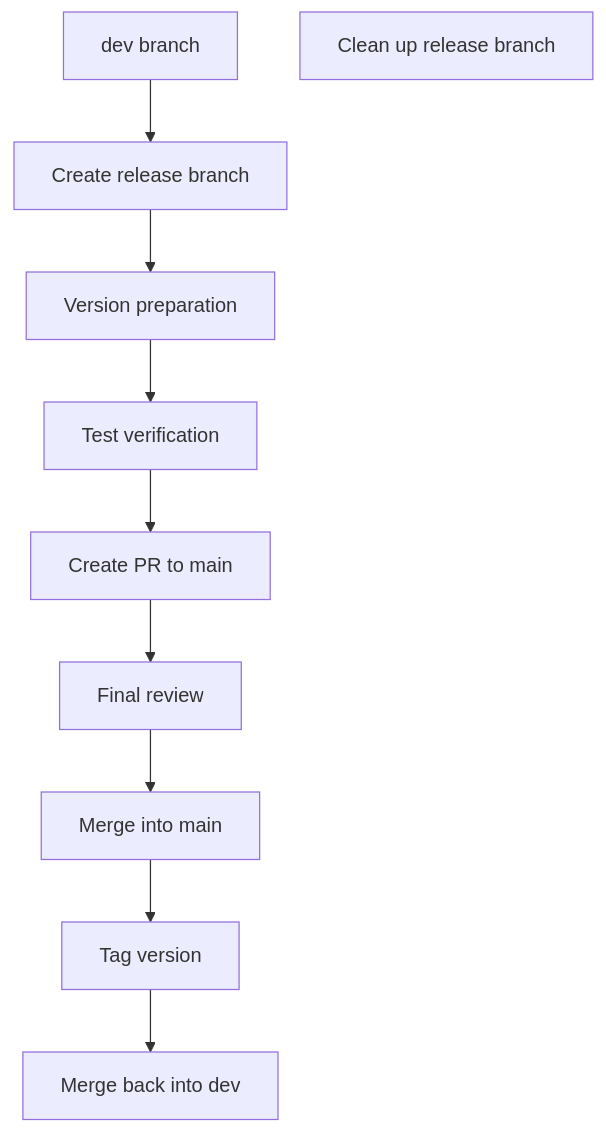
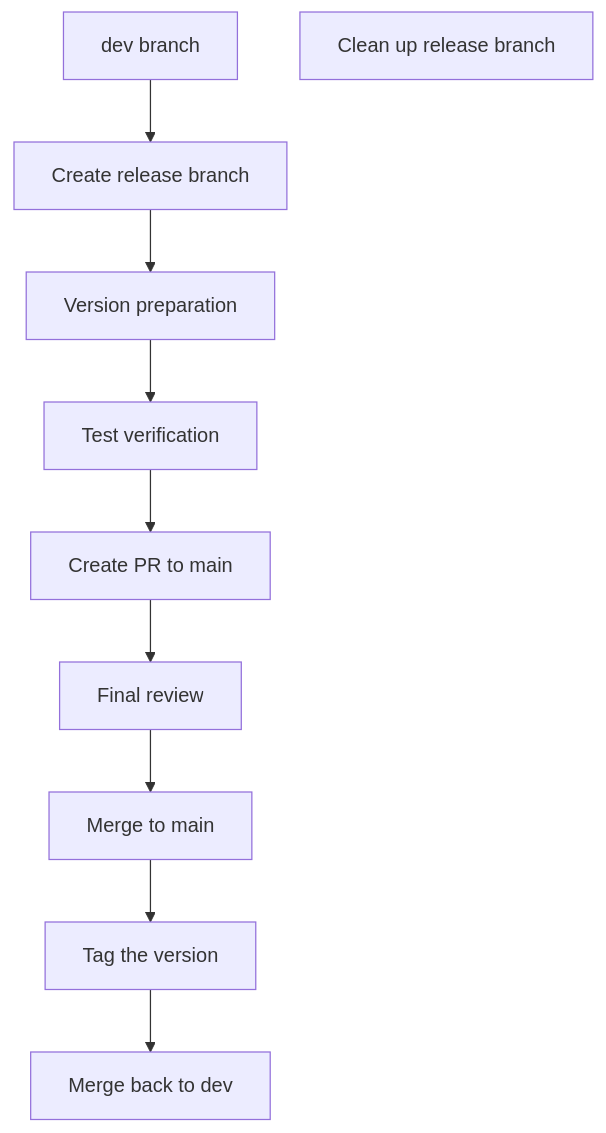
The third of 3 diagrams in docs/src/en/dev/branch-maintenance-guide.md (ChenXu233/YaoXiang), drawn with Mermaid before and after one commit. The commit also changed other lines of this file and 4 other files, not shown here.

````diff
--- a/docs/src/en/dev/branch-maintenance-guide.md
+++ b/docs/src/en/dev/branch-maintenance-guide.md
@@ -215,12 +214,12 @@
 ```mermaid
 graph TD
     A[dev branch] --> B[Create release branch]
     B --> C[Version preparation]
     C --> D[Test verification]
     D --> E[Create PR to main]
     E --> F[Final review]
-    F --> G[Merge into main]
-    G --> H[Tag version]
-    H --> I[Merge back into dev]
+    F --> G[Merge to main]
+    G --> H[Tag the version]
+    H --> I[Merge back to dev]
     J[Clean up release branch]
 ```
````
